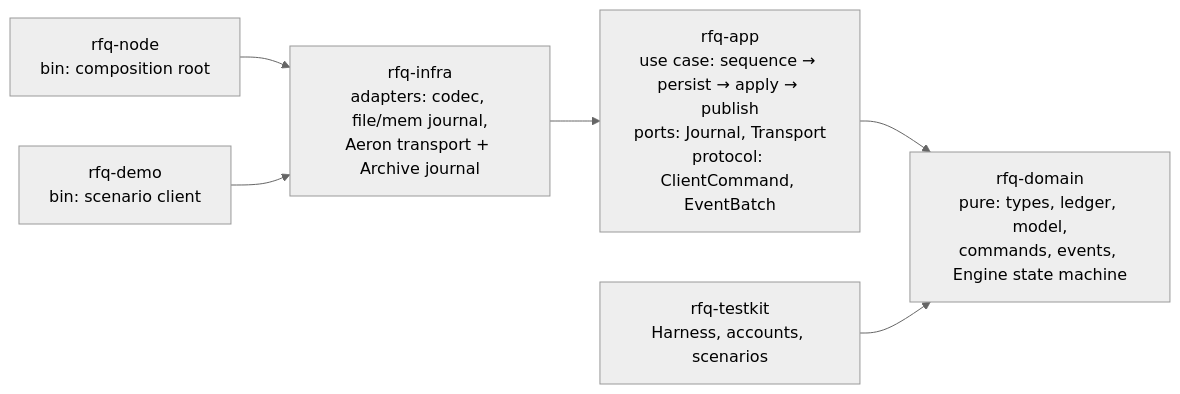
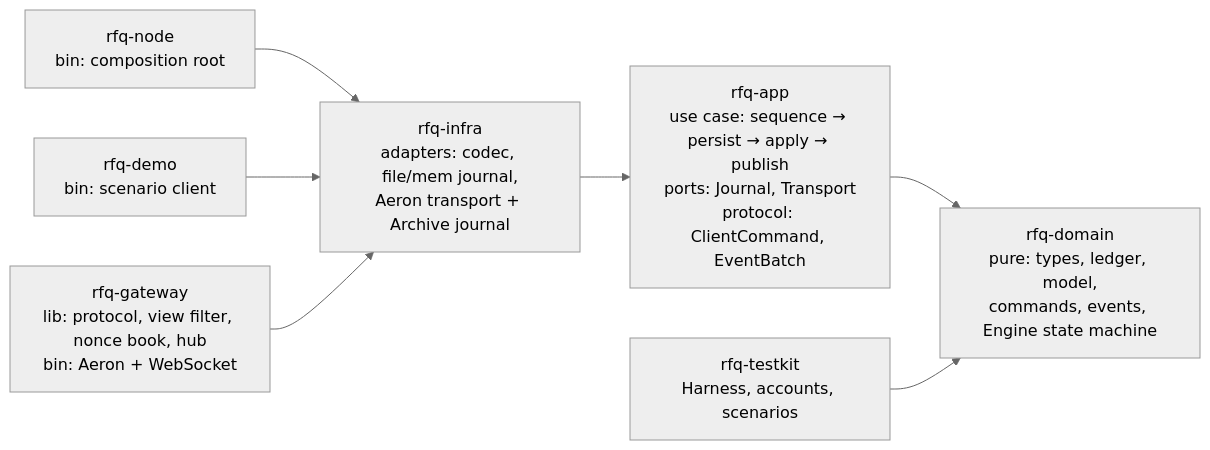
One commit to hmdsefi/rfq changed the first of 7 diagrams in docs/architecture/overview.md. Above: the diagram before and after it, drawn with Mermaid (neutral theme). The commit also changed other lines of this file and 3 other files, not shown here.

First line of the commit message:
docs: live dashboard section, gateway in the index and the architecture overview

````diff
--- a/docs/architecture/overview.md
+++ b/docs/architecture/overview.md
@@ -7,9 +7,10 @@
 ```mermaid
 flowchart LR
   NODE[rfq-node<br/>bin: composition root] --> INFRA
   DEMO[rfq-demo<br/>bin: scenario client] --> INFRA
+  GATEWAY[rfq-gateway<br/>lib: protocol, view filter, nonce book, hub<br/>bin: Aeron + WebSocket] --> INFRA
   INFRA[rfq-infra<br/>adapters: codec, file/mem journal,<br/>Aeron transport + Archive journal] --> APP
   APP[rfq-app<br/>use case: sequence → persist → apply → publish<br/>ports: Journal, Transport<br/>protocol: ClientCommand, EventBatch] --> DOMAIN
   DOMAIN[rfq-domain<br/>pure: types, ledger, model,<br/>commands, events, Engine state machine]
   TK[rfq-testkit<br/>Harness, accounts, scenarios] --> DOMAIN
 ```
````
